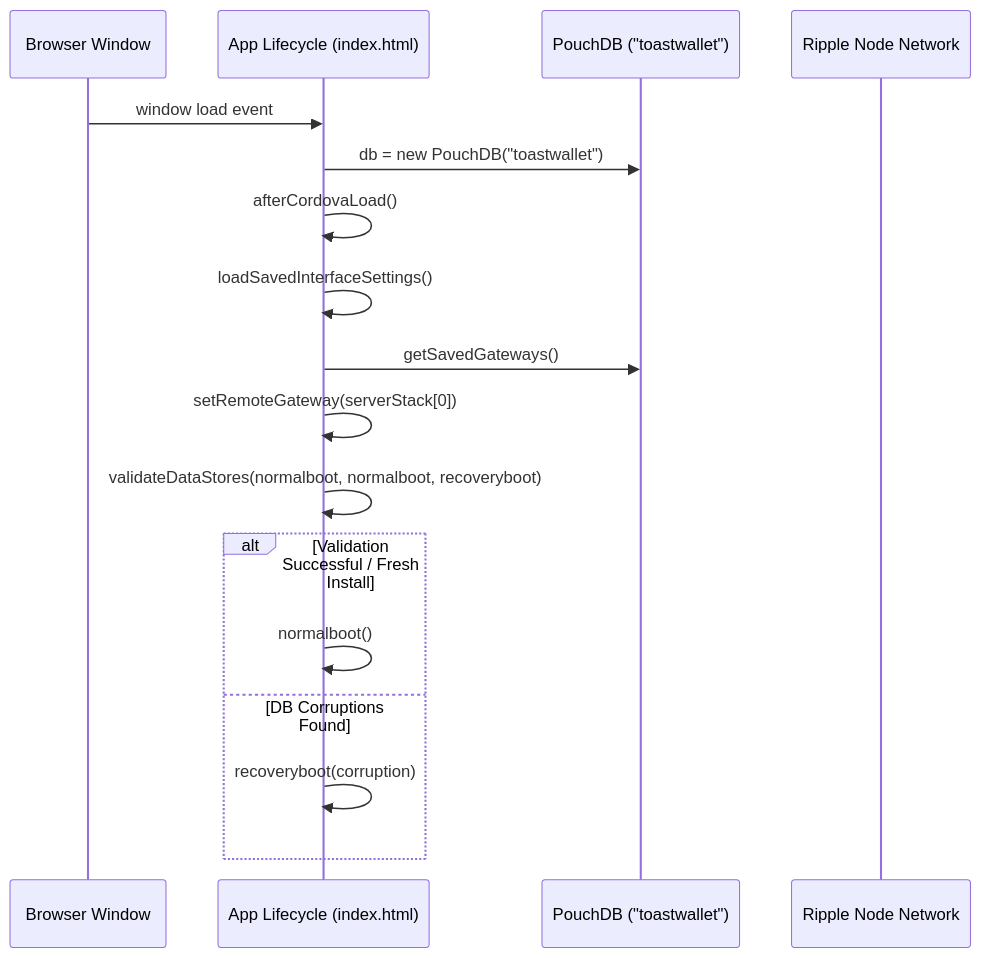
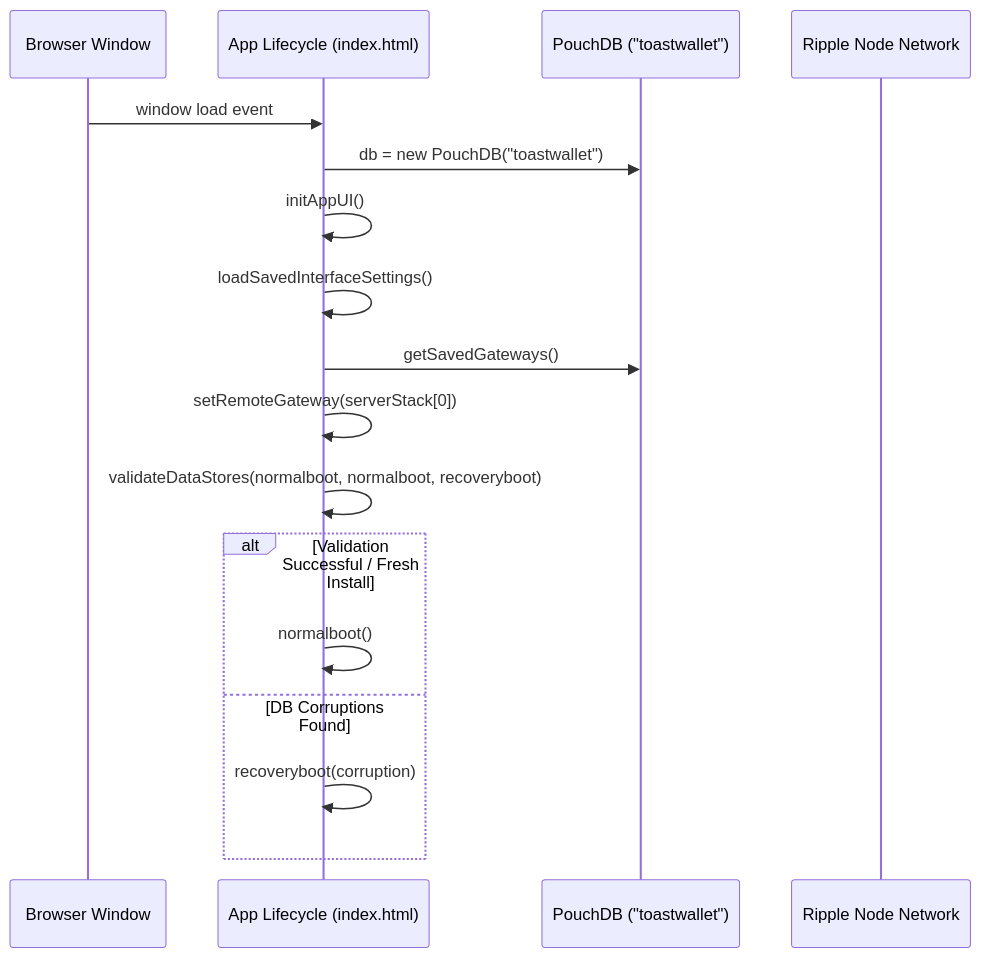
The second of 3 diagrams in www/api.md (likev/ToastWallet-core), drawn with Mermaid before and after one commit. The commit also changed 3 other files, not shown here.

Commit message:
Rename afterCordovaLoad to initAppUI to remove legacy Cordova naming

````diff
--- a/www/api.md
+++ b/www/api.md
@@ -296,20 +296,20 @@
 ```mermaid
 sequenceDiagram
     participant Window as Browser Window
     participant App as App Lifecycle (index.html)
     participant DB as PouchDB ("toastwallet")
     participant Network as Ripple Node Network
 
     Window->>App: window load event
     App->>DB: db = new PouchDB("toastwallet")
-    App->>App: afterCordovaLoad()
+    App->>App: initAppUI()
     App->>App: loadSavedInterfaceSettings()
     App->>DB: getSavedGateways()
     App->>App: setRemoteGateway(serverStack[0])
     App->>App: validateDataStores(normalboot, normalboot, recoveryboot)
     alt Validation Successful / Fresh Install
         App->>App: normalboot()
     else DB Corruptions Found
         App->>App: recoveryboot(corruption)
     end
 ```
````
